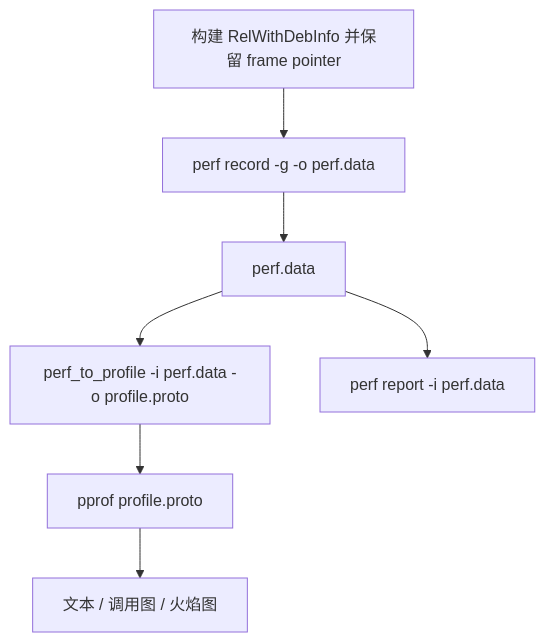
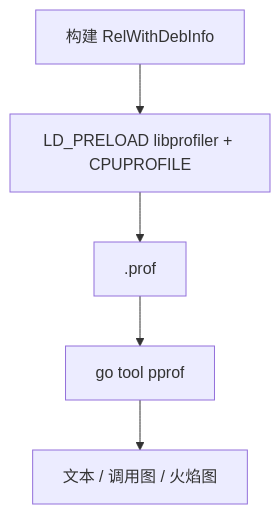
The first of 2 diagrams in docs/gperftools_pprof_guide.md (utsusemioxo/pprof_samples), drawn with Mermaid before and after one commit. The commit also changed other lines of this file, not shown here.

````diff
--- a/docs/gperftools_pprof_guide.md
+++ b/docs/gperftools_pprof_guide.md
@@ -296,9 +47,7 @@
 ```mermaid
 flowchart TD
-    A[构建 RelWithDebInfo 并保留 frame pointer] --> B[perf record -g -o perf.data]
-    B --> C[perf.data]
-    C --> D[perf_to_profile -i perf.data -o profile.proto]
-    D --> E[pprof profile.proto]
-    E --> F[文本 / 调用图 / 火焰图]
-    C --> G[perf report -i perf.data]
+    A[构建 RelWithDebInfo] --> B[LD_PRELOAD libprofiler + CPUPROFILE]
+    B --> C[.prof]
+    C --> D[go tool pprof]
+    D --> E[文本 / 调用图 / 火焰图]
 ```
````
